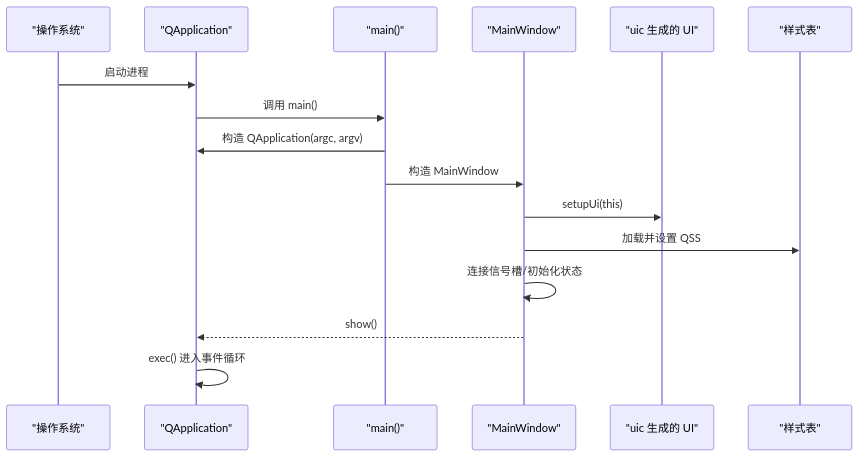
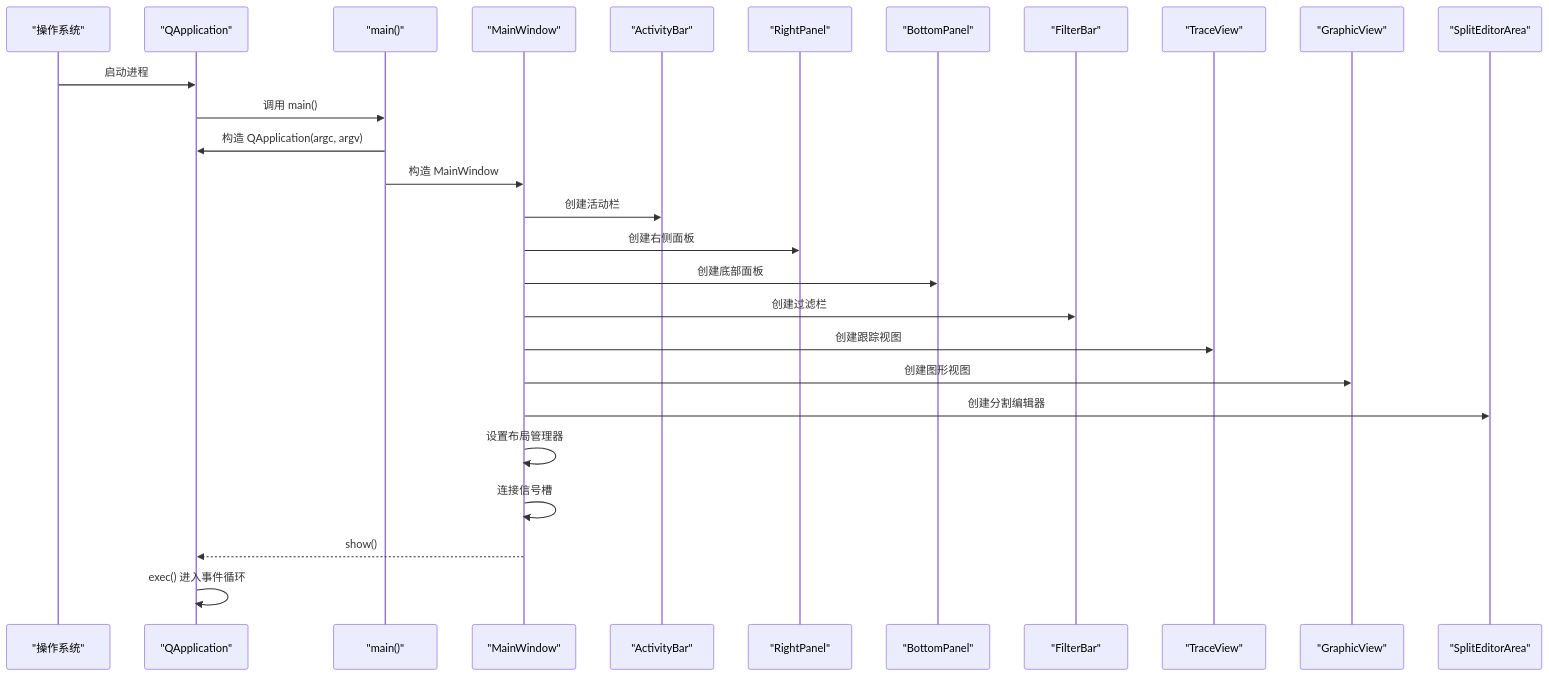
One commit to jakecai1225-design/OpenBus changed the second of 4 diagrams in .qoder/repowiki/zh/content/核心模块详解/主窗口组件.md. Above: the diagram before and after it, drawn with Mermaid. The commit also changed other lines of this file and 44 other files, not shown here.

````diff
--- a/.qoder/repowiki/zh/content/核心模块详解/主窗口组件.md
+++ b/.qoder/repowiki/zh/content/核心模块详解/主窗口组件.md
@@ -81,18 +109,29 @@
 ```mermaid
 sequenceDiagram
 participant OS as "操作系统"
 participant App as "QApplication"
 participant Main as "main()"
 participant MW as "MainWindow"
-participant UIC as "uic 生成的 UI"
-participant Style as "样式表"
+participant AB as "ActivityBar"
+participant RP as "RightPanel"
+participant BP as "BottomPanel"
+participant FB as "FilterBar"
+participant TV as "TraceView"
+participant GV as "GraphicView"
+participant SEA as "SplitEditorArea"
 OS->>App : 启动进程
 App->>Main : 调用 main()
 Main->>App : 构造 QApplication(argc, argv)
 Main->>MW : 构造 MainWindow
-MW->>UIC : setupUi(this)
-MW->>Style : 加载并设置 QSS
-MW->>MW : 连接信号槽/初始化状态
+MW->>AB : 创建活动栏
+MW->>RP : 创建右侧面板
+MW->>BP : 创建底部面板
+MW->>FB : 创建过滤栏
+MW->>TV : 创建跟踪视图
+MW->>GV : 创建图形视图
+MW->>SEA : 创建分割编辑器
+MW->>MW : 设置布局管理器
+MW->>MW : 连接信号槽
 MW-->>App : show()
 App->>App : exec() 进入事件循环
 ```
````
